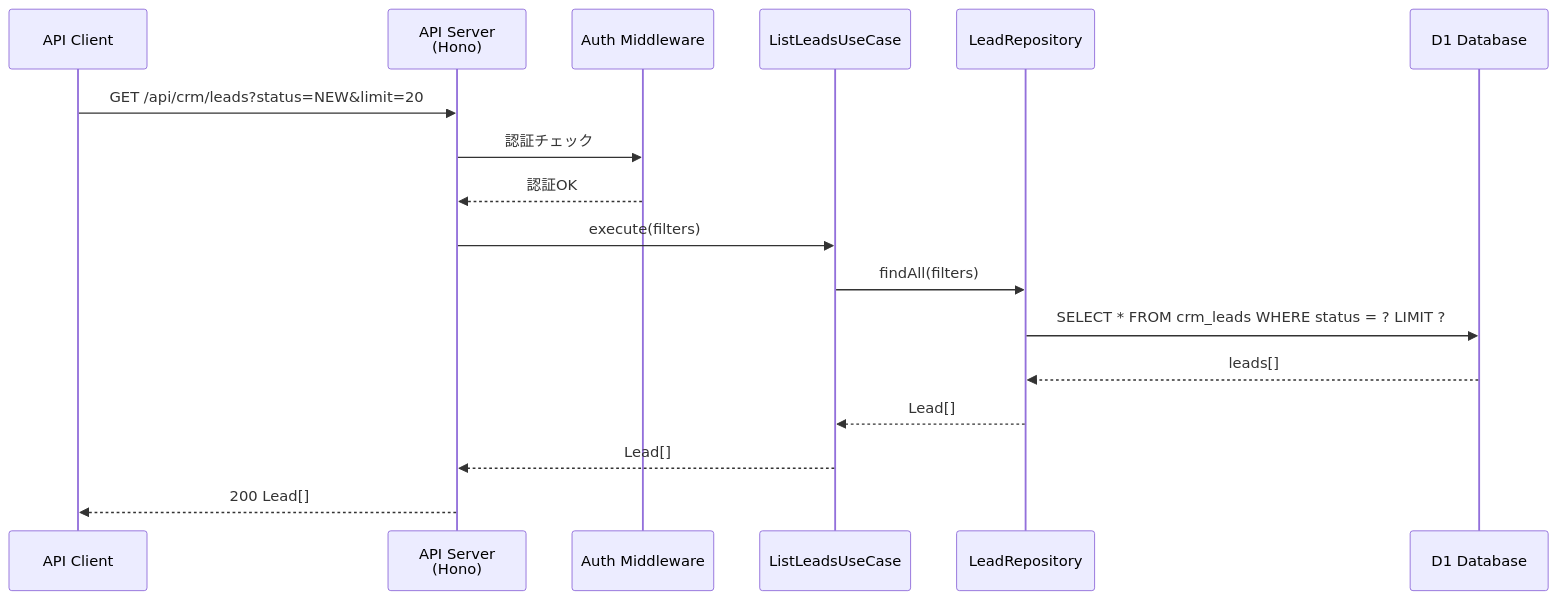
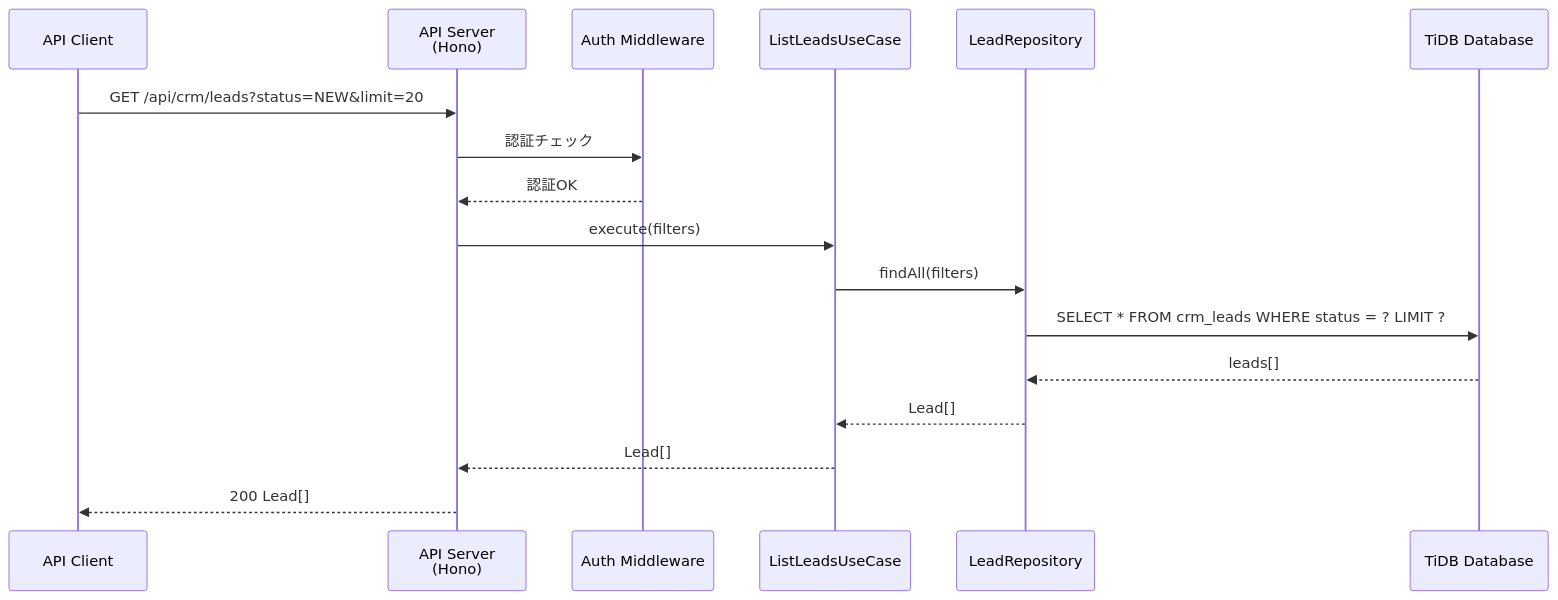
The diagram in docs/sequence/api/crm/leads-list.md (hibi-com/portfolio), drawn with Mermaid before and after one commit. The commit also changed 51 other files, not shown here.

````diff
--- a/docs/sequence/api/crm/leads-list.md
+++ b/docs/sequence/api/crm/leads-list.md
@@ -7,21 +7,21 @@
 ```mermaid
 sequenceDiagram
     participant Client as API Client
     participant API as API Server<br/>(Hono)
     participant Auth as Auth Middleware
     participant UseCase as ListLeadsUseCase
     participant Repository as LeadRepository
-    participant DB as D1 Database
+    participant DB as TiDB Database
 
     Client->>API: GET /api/crm/leads?status=NEW&limit=20
     API->>Auth: 認証チェック
     Auth-->>API: 認証OK
 
     API->>UseCase: execute(filters)
     UseCase->>Repository: findAll(filters)
     Repository->>DB: SELECT * FROM crm_leads WHERE status = ? LIMIT ?
     DB-->>Repository: leads[]
     Repository-->>UseCase: Lead[]
     UseCase-->>API: Lead[]
     API-->>Client: 200 Lead[]
 ```
````
